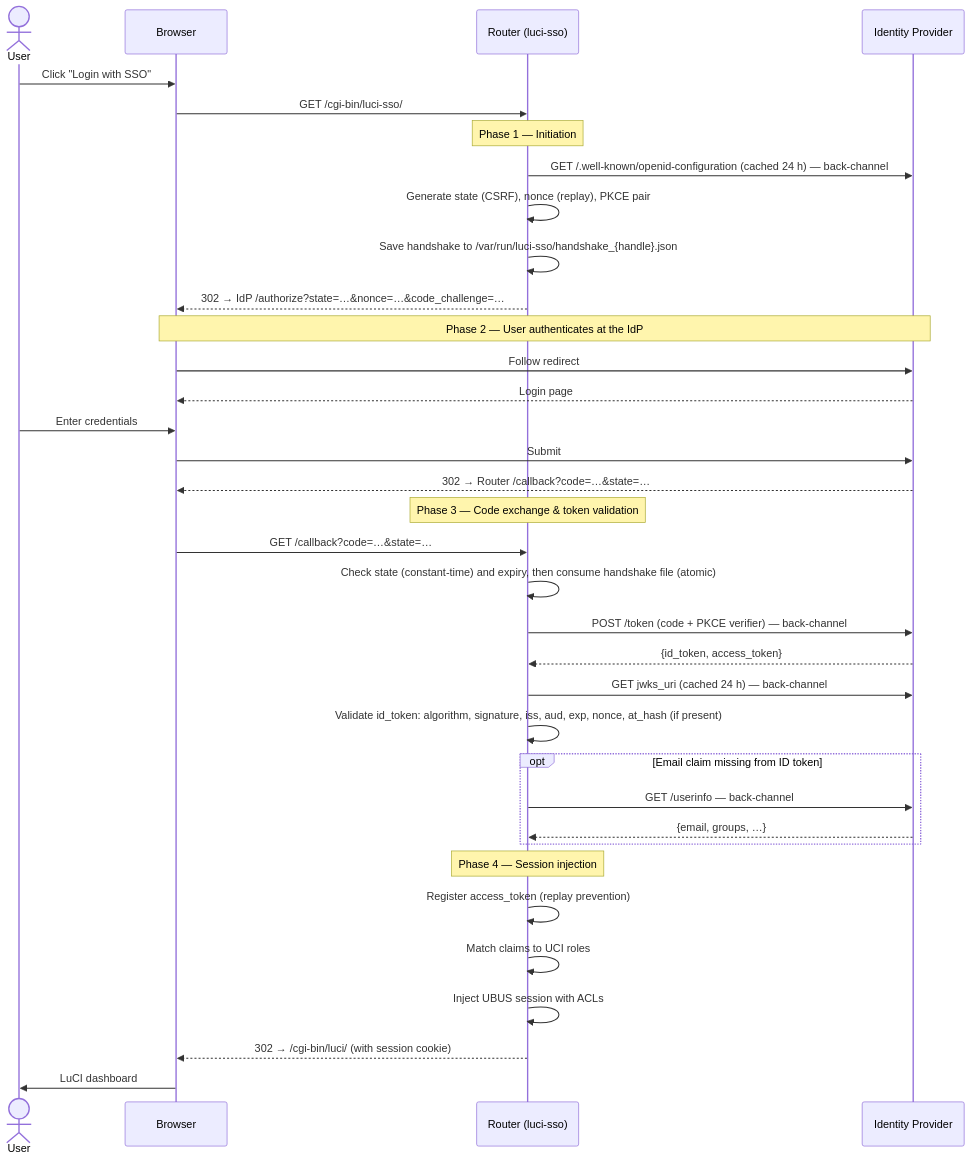
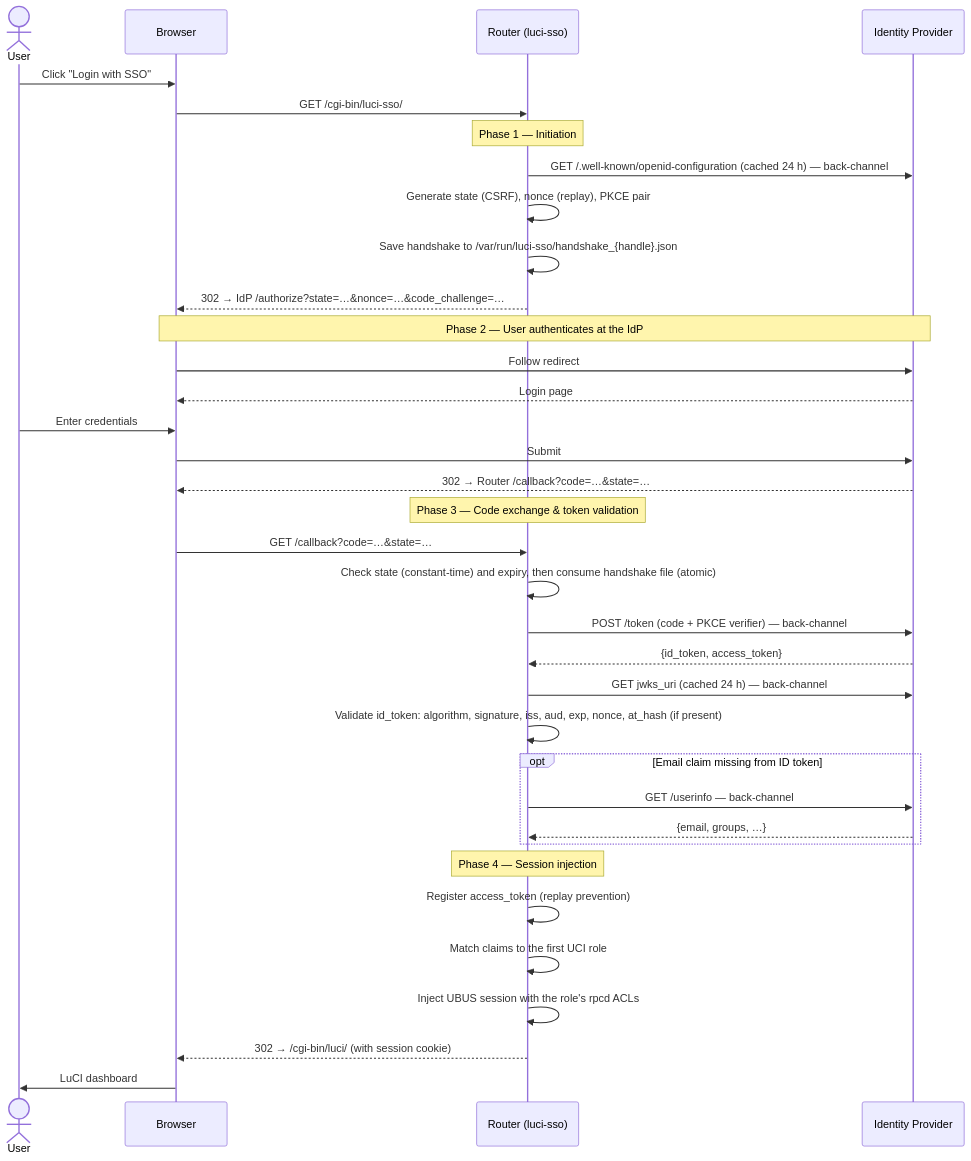
Before and after one commit to m00qek/luci-sso: the diagram in docs/explanation/oidc-flow.md, drawn with Mermaid. The commit also changed other lines of this file and 19 other files, not shown here.

````diff
--- a/docs/explanation/oidc-flow.md
+++ b/docs/explanation/oidc-flow.md
@@ -9,42 +9,42 @@
 ```mermaid
 sequenceDiagram
     actor User
     participant B as Browser
     participant R as Router (luci-sso)
     participant I as Identity Provider
 
     User->>B: Click "Login with SSO"
     B->>R: GET /cgi-bin/luci-sso/
 
     Note over R: Phase 1 — Initiation
     R->>I: GET /.well-known/openid-configuration (cached 24 h) — back-channel
     R->>R: Generate state (CSRF), nonce (replay), PKCE pair
     R->>R: Save handshake to /var/run/luci-sso/handshake_{handle}.json
     R-->>B: 302 → IdP /authorize?state=…&nonce=…&code_challenge=…
 
     Note over B,I: Phase 2 — User authenticates at the IdP
     B->>I: Follow redirect
     I-->>B: Login page
     User->>B: Enter credentials
     B->>I: Submit
     I-->>B: 302 → Router /callback?code=…&state=…
 
     Note over R: Phase 3 — Code exchange & token validation
     B->>R: GET /callback?code=…&state=…
     R->>R: Check state (constant-time) and expiry, then consume handshake file (atomic)
     R->>I: POST /token (code + PKCE verifier) — back-channel
     I-->>R: {id_token, access_token}
     R->>I: GET jwks_uri (cached 24 h) — back-channel
     R->>R: Validate id_token: algorithm, signature, iss, aud, exp, nonce, at_hash (if present)
     opt Email claim missing from ID token
         R->>I: GET /userinfo — back-channel
         I-->>R: {email, groups, …}
     end
 
     Note over R: Phase 4 — Session injection
     R->>R: Register access_token (replay prevention)
-    R->>R: Match claims to UCI roles
-    R->>R: Inject UBUS session with ACLs
+    R->>R: Match claims to the first UCI role
+    R->>R: Inject UBUS session with the role's rpcd ACLs
     R-->>B: 302 → /cgi-bin/luci/ (with session cookie)
     B->>User: LuCI dashboard
 ```
````
